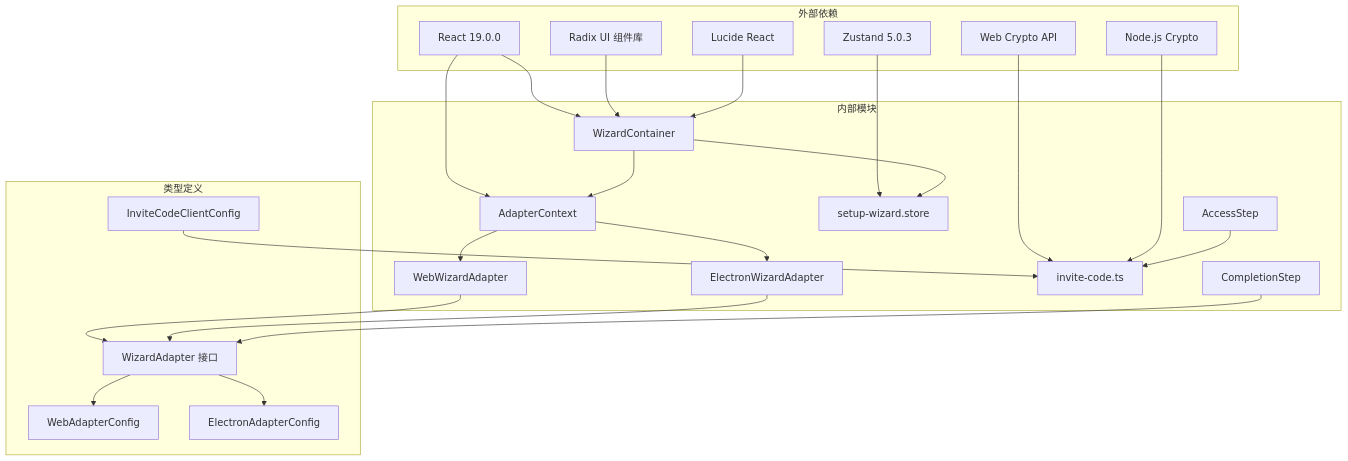
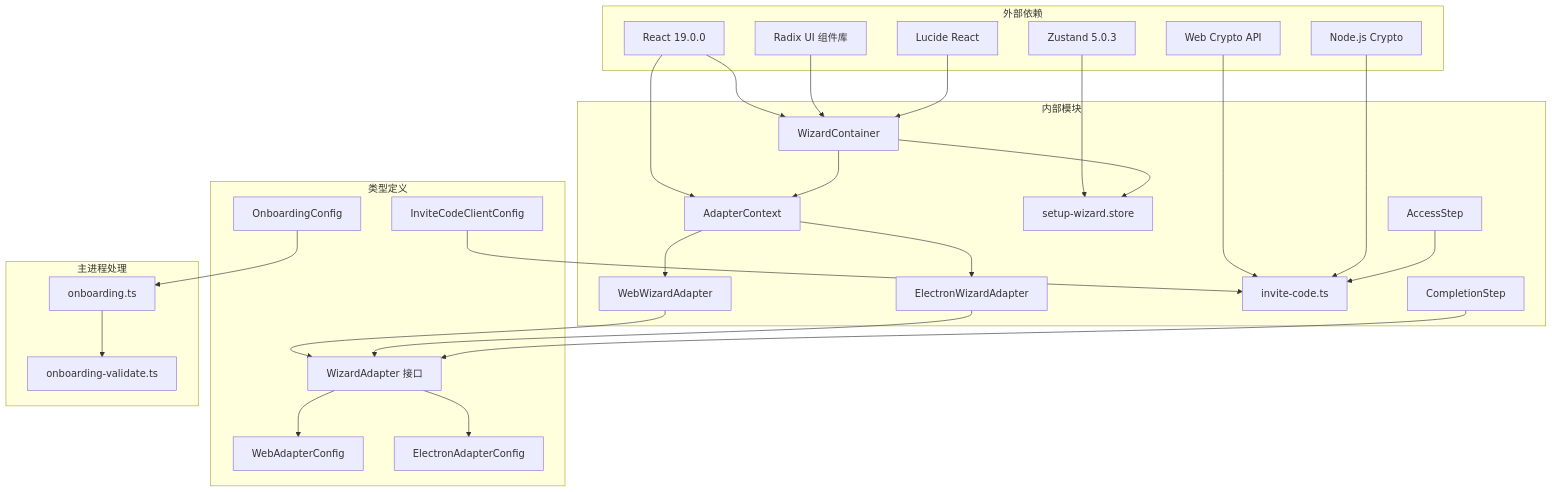
Diagram 11 of 11 in .qoder/repowiki/zh/content/设置向导适配器.md (verse-ai-org/openclaw), drawn with Mermaid before and after one commit. The commit also changed other lines of this file and 7 other files, not shown here.

````diff
--- a/.qoder/repowiki/zh/content/设置向导适配器.md
+++ b/.qoder/repowiki/zh/content/设置向导适配器.md
@@ -428,45 +513,52 @@
 ```mermaid
 graph TB
 subgraph "外部依赖"
 A[React 19.0.0]
 B[Radix UI 组件库]
 C[Zustand 5.0.3]
 D[Lucide React]
 E[Web Crypto API]
 F[Node.js Crypto]
 end
 subgraph "内部模块"
 G[AdapterContext]
 H[WebWizardAdapter]
 I[ElectronWizardAdapter]
 J[WizardContainer]
 K[setup-wizard.store]
 L[invite-code.ts]
 M[AccessStep]
 N[CompletionStep]
 end
 subgraph "类型定义"
 O[WizardAdapter 接口]
 P[WebAdapterConfig]
 Q[ElectronAdapterConfig]
 R[InviteCodeClientConfig]
+S[OnboardingConfig]
+end
+subgraph "主进程处理"
+T[onboarding.ts]
+U[onboarding-validate.ts]
 end
 A --> G
 A --> J
 B --> J
 C --> K
 D --> J
 E --> L
 F --> L
 G --> H
 G --> I
 H --> O
 I --> O
 J --> K
 J --> G
 M --> L
 N --> O
 O --> P
 O --> Q
 R --> L
+S --> T
+T --> U
 ```
````
